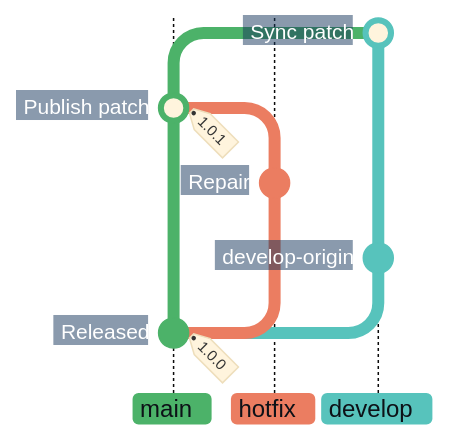
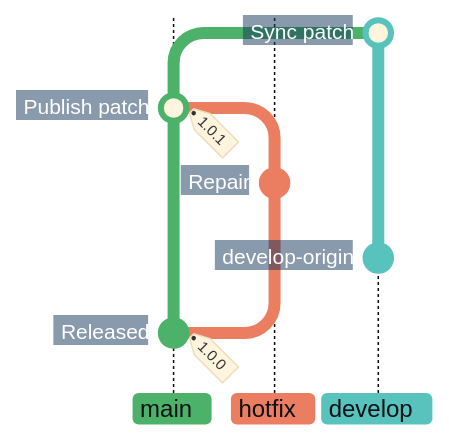
Before and after one commit to superhero/operations.superduper.solutions: the third of 7 diagrams in docs/adr/cicd.md, drawn with Mermaid.

Commit message:
docs: correct develop ancestry in release and hotfix graphs

````diff
--- a/docs/adr/cicd.md
+++ b/docs/adr/cicd.md
@@ -110,21 +108,23 @@
 ```mermaid
 %%{init: {"theme": "base", "themeCSS": "line.branch { stroke: #8B949E; stroke-width: 1px; stroke-dasharray: 1 4; stroke-linecap: round; } .branchLabel, .tag-label { font-weight: 700; } .tag-label-bkg, .commit-label-bkg { opacity: 0.9; } .tag-label-bkg { fill: #B8E6C4; stroke: #8ED3A2; } .branchLabelBkg { opacity: 1; clip-path: inset(0 8px 0 0 round 4px) fill-box; } .commit-labels g:nth-last-of-type(-n+2), .commit.develop-origin { visibility: hidden; } .commit-labels g { transform-box: fill-box; transform-origin: calc(100% + 17px) calc(50% + 2px); transform: rotate(-10deg); } .commit-label { font-weight: 700; transform: translateX(-8px); } .commit-label-bkg { stroke: #17365D; stroke-width: 20px; transform: translateX(-5px); clip-path: polygon(-4px -4px, calc(100% + 4px) -4px, calc(100% + 10px) 50%, calc(100% + 4px) calc(100% + 4px), -4px calc(100% + 4px)) fill-box; }", "gitGraph": {"showCommitLabel": true, "rotateCommitLabel": false}, "themeVariables": {
     "commitLabelFontSize": "14px", "commitLabelColor": "#FFFFFF", "commitLabelBackground": "#17365D",
     "git0": "#4CB269", "gitBranchLabel0": "#0D1117",
     "git1": "#EB7D61", "gitBranchLabel1": "#0D1117",
     "git2": "#57C3BC", "gitBranchLabel2": "#0D1117"
 }}}%%
 gitGraph BT:
-    %% In BT order, the initial commit note is the last label group; its tag stays visible.
+    %% Show existing main and develop lanes with earlier ancestry and initial notes omitted.
+    branch develop order: 2
+    checkout main
     commit id: "Released" tag: "1.0.0"
-    branch develop order: 2
+    checkout develop
     %% Invisible anchor: Mermaid requires a develop commit before merging main back.
     commit id: "develop-origin"
     checkout main
     branch "hotfix" order: 1
     commit id: "Repair"
     checkout main
     merge "hotfix" id: "Publish patch" tag: "1.0.1"
     checkout develop
     merge main id: "Sync patch"
 ```
````
